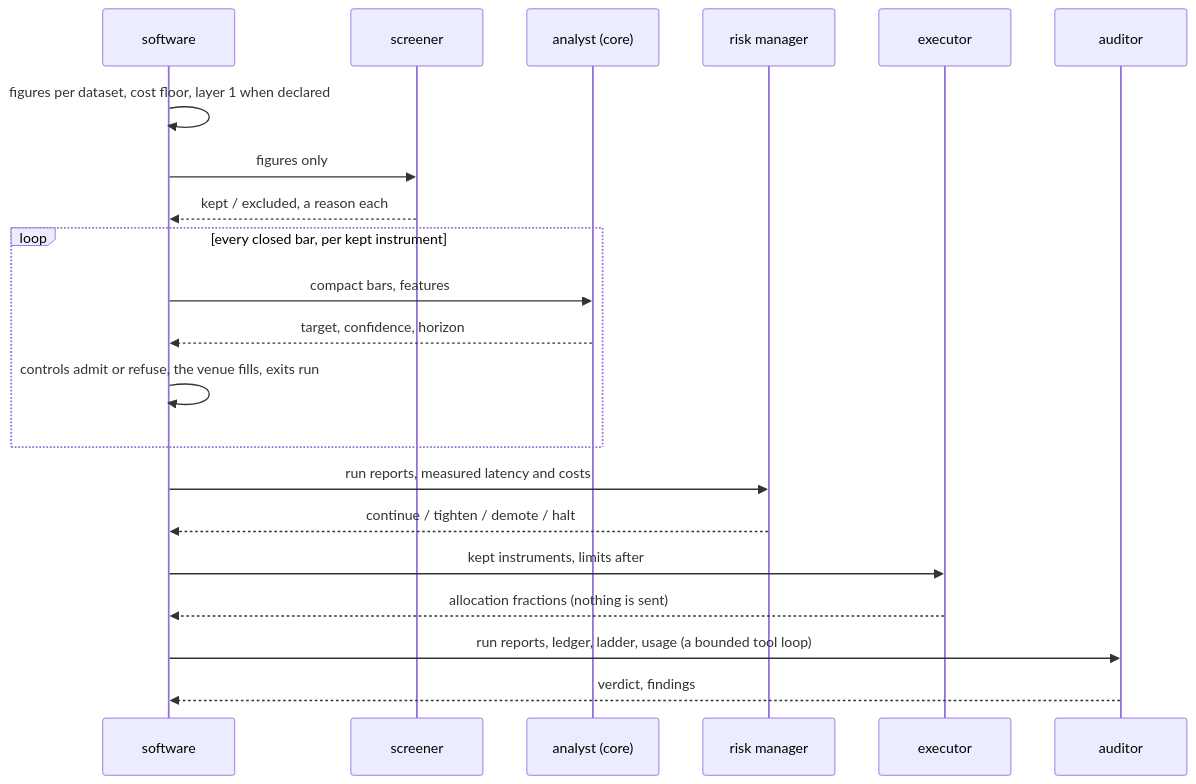
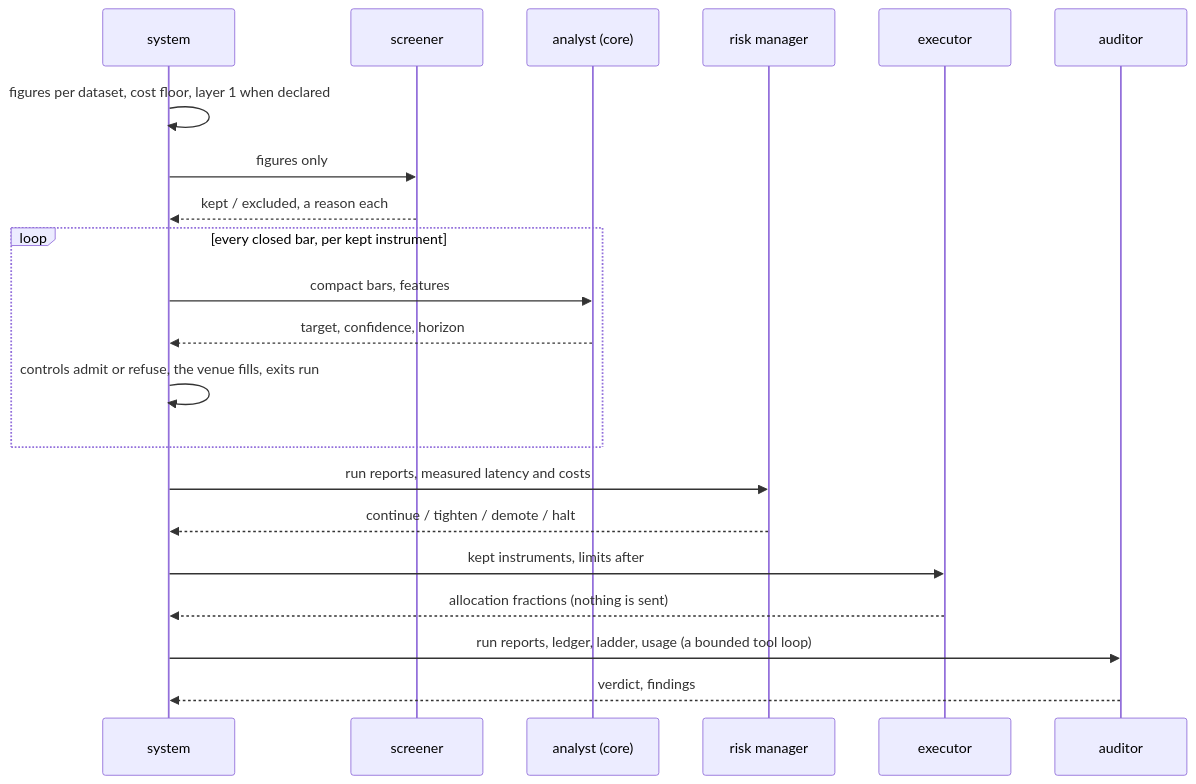
The diagram in docs/opensource/architecture.md (BijectiveLabs/bitra), drawn with Mermaid before and after one commit. The commit also changed other lines of this file and 24 other files, not shown here.

````diff
--- a/docs/opensource/architecture.md
+++ b/docs/opensource/architecture.md
@@ -84,23 +84,23 @@
 ```mermaid
 sequenceDiagram
-    participant C as software
+    participant C as system
     participant S as screener
     participant A as analyst (core)
     participant R as risk manager
     participant E as executor
     participant U as auditor
     C->>C: figures per dataset, cost floor, layer 1 when declared
     C->>S: figures only
     S-->>C: kept / excluded, a reason each
     loop every closed bar, per kept instrument
         C->>A: compact bars, features
         A-->>C: target, confidence, horizon
         C->>C: controls admit or refuse, the venue fills, exits run
     end
     C->>R: run reports, measured latency and costs
     R-->>C: continue / tighten / demote / halt
     C->>E: kept instruments, limits after
     E-->>C: allocation fractions (nothing is sent)
     C->>U: run reports, ledger, ladder, usage (a bounded tool loop)
     U-->>C: verdict, findings
 ```
````
